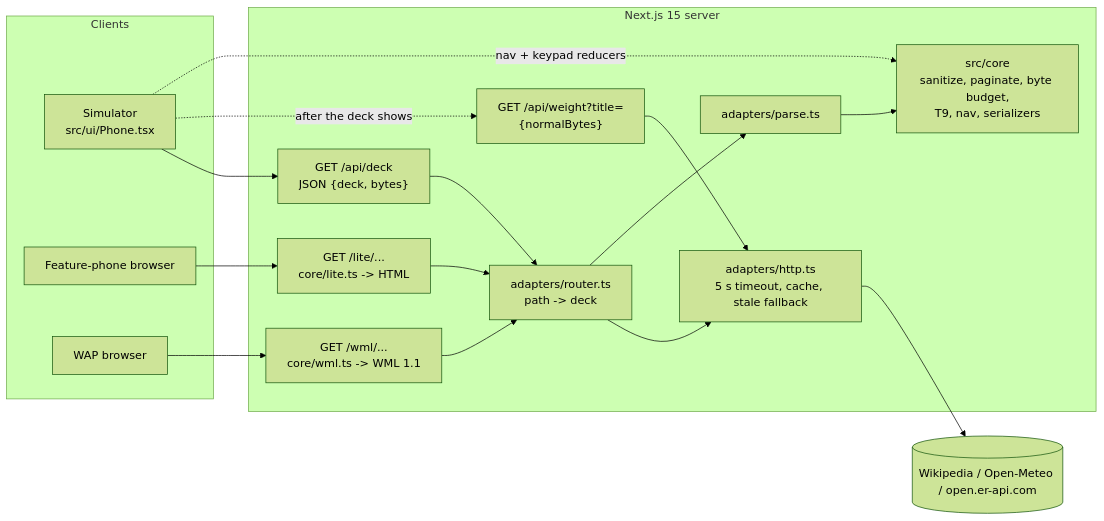
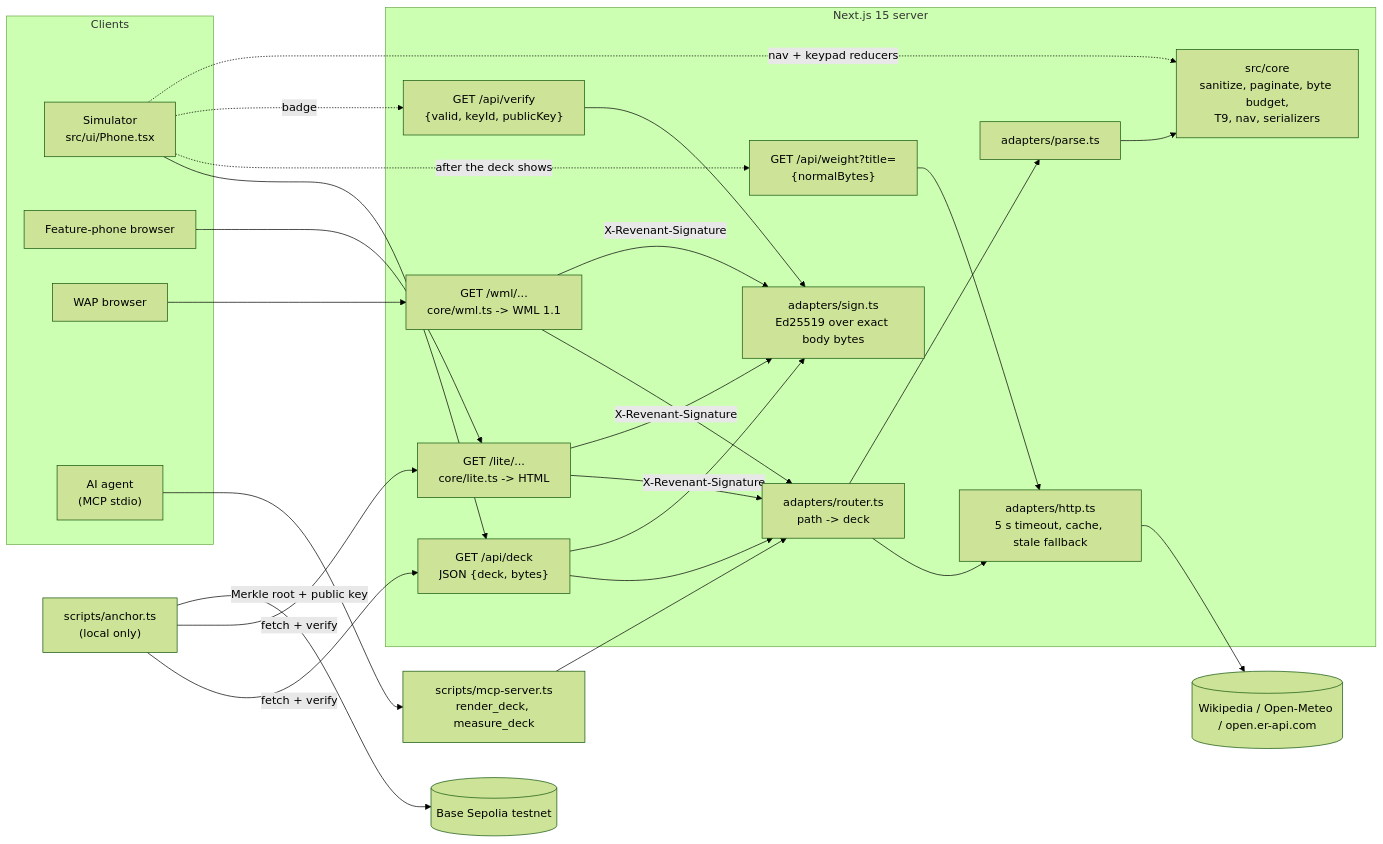
Before and after one commit to kida256-glitch/revenant: the diagram in README.md, drawn with Mermaid (forest theme). The commit also changed other lines of this file and 2 other files, not shown here.

````diff
--- a/README.md
+++ b/README.md
@@ -32,27 +32,38 @@
 ```mermaid
 flowchart LR
   subgraph Clients
     Sim["Simulator<br/>src/ui/Phone.tsx"]
     Lite["Feature-phone browser"]
     WAP["WAP browser"]
+    Agent["AI agent<br/>(MCP stdio)"]
   end
+  MCP["scripts/mcp-server.ts<br/>render_deck, measure_deck"]
+  Anchor["scripts/anchor.ts<br/>(local only)"]
+  Chain[(Base Sepolia testnet)]
   subgraph Server["Next.js 15 server"]
     API["GET /api/deck<br/>JSON {deck, bytes}"]
     Weight["GET /api/weight?title=<br/>{normalBytes}"]
+    Verify["GET /api/verify<br/>{valid, keyId, publicKey}"]
+    Sign["adapters/sign.ts<br/>Ed25519 over exact body bytes"]
     LiteR["GET /lite/...<br/>core/lite.ts -> HTML"]
     WmlR["GET /wml/...<br/>core/wml.ts -> WML 1.1"]
     Router["adapters/router.ts<br/>path -> deck"]
     HTTP["adapters/http.ts<br/>5 s timeout, cache, stale fallback"]
     Parse["adapters/parse.ts"]
     Core["src/core<br/>sanitize, paginate, byte budget,<br/>T9, nav, serializers"]
   end
   Up[(Wikipedia / Open-Meteo / open.er-api.com)]
   Sim --> API
   Sim -. "after the deck shows" .-> Weight --> HTTP
   Lite --> LiteR
   WAP --> WmlR
   API & LiteR & WmlR --> Router
+  API & LiteR & WmlR -- "X-Revenant-Signature" --> Sign
+  Sim -. "badge" .-> Verify --> Sign
+  Agent --> MCP --> Router
+  Anchor -- "fetch + verify" --> API & LiteR
+  Anchor -- "Merkle root + public key" --> Chain
   Router --> HTTP --> Up
   Router --> Parse --> Core
   Sim -. "nav + keypad reducers" .-> Core
 ```
````
